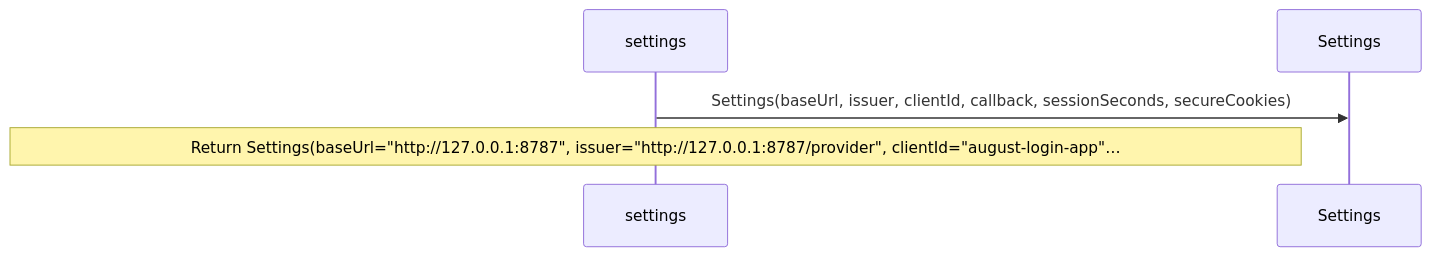
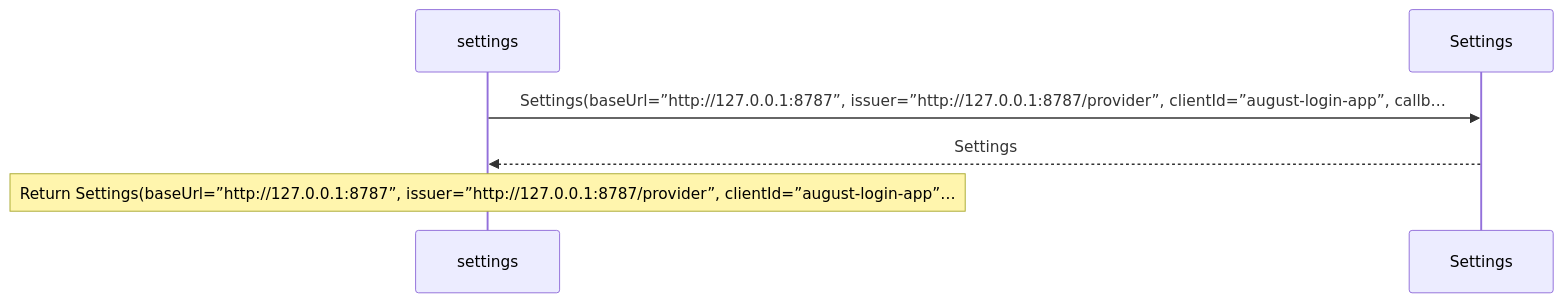
Before and after one commit to GreenPandaStudios/augscript: the second of 2 diagrams in docs/examples/oidc-login/common/settings-diagrams.md, drawn with Mermaid. The commit also changed other lines of this file and 524 other files, not shown here.

Commit message:
Explain checked data flow at folder and service levels

````diff
--- a/docs/examples/oidc-login/common/settings-diagrams.md
+++ b/docs/examples/oidc-login/common/settings-diagrams.md
@@ -58,7 +47,8 @@
 ```mermaid
 sequenceDiagram
     participant p0 as settings
     participant p1 as Settings
-    p0->>p1: Settings(baseUrl, issuer, clientId, callback, sessionSeconds, secureCookies)
-    Note over p0: Return Settings(baseUrl=#34;http://127.0.0.1:8787#34;, issuer=#34;http://127.0.0.1:8787/provider#34;, clientId=#34;august-login-app#34;…
+    p0->>p1: Settings(baseUrl=”http://127.0.0.1:8787”, issuer=”http://127.0.0.1:8787/provider”, clientId=”august-login-app”, callb…
+    p1-->>p0: Settings
+    Note over p0: Return Settings(baseUrl=”http://127.0.0.1:8787”, issuer=”http://127.0.0.1:8787/provider”, clientId=”august-login-app”…
 ```
````
